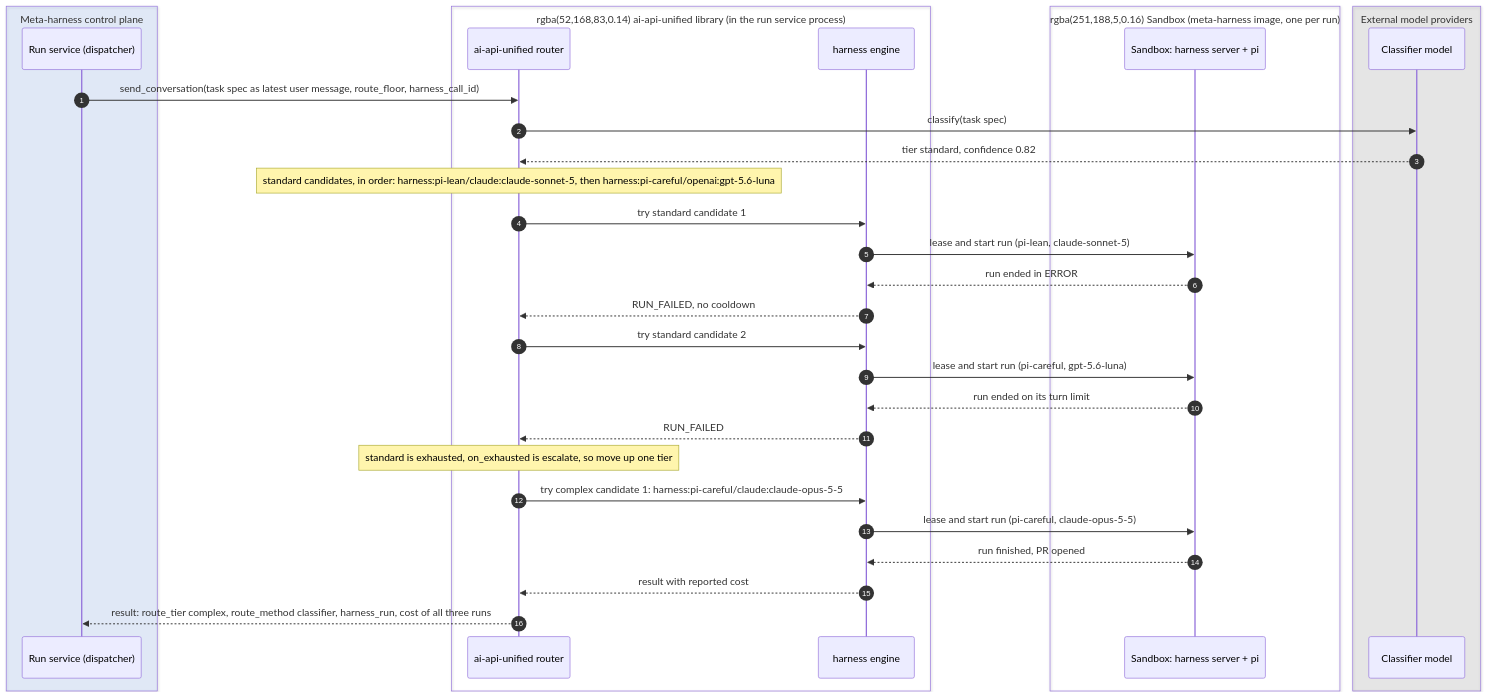
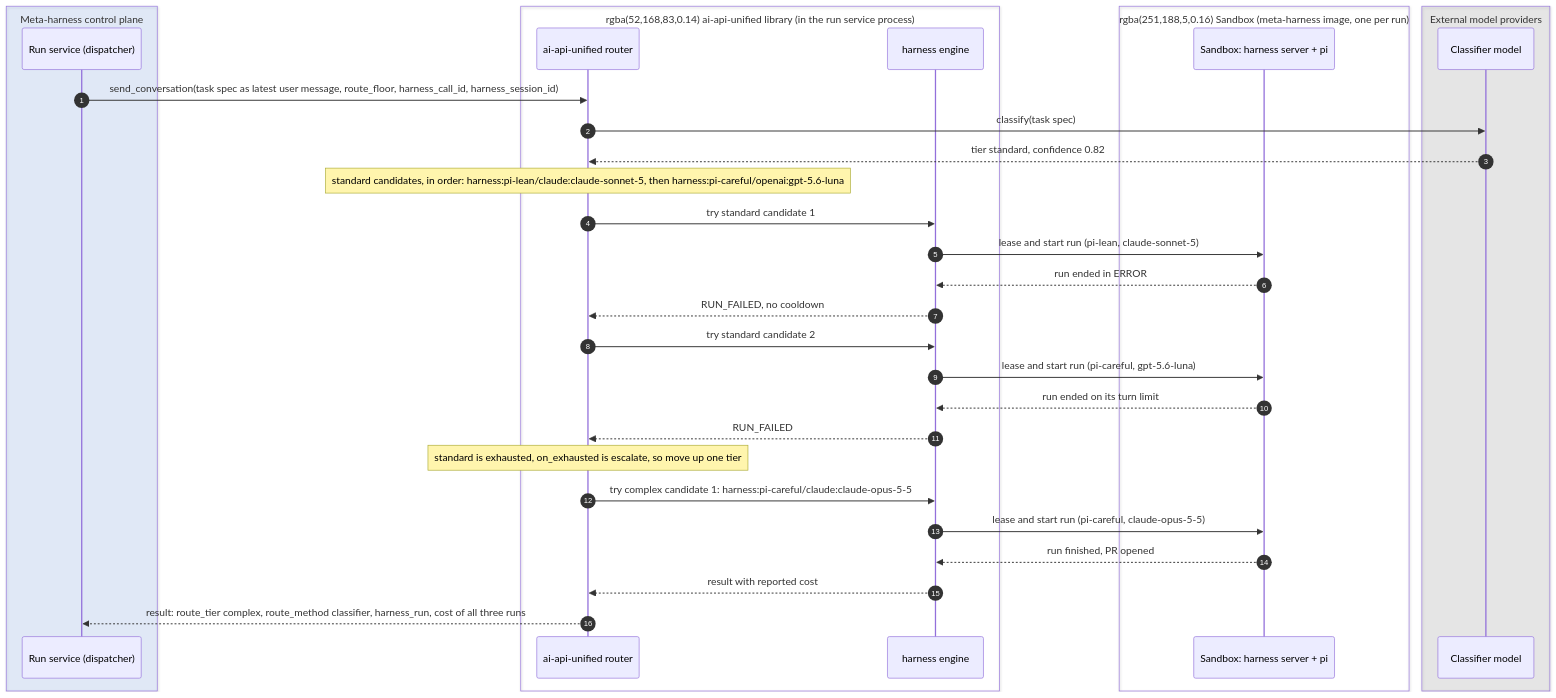
The second of 12 diagrams in docs/technical-design.md (davecthomas/meta-harness), drawn with Mermaid before and after one commit. The commit also changed other lines of this file, not shown here.

First line of the commit message:
docs/session-handoff: align sessions with the library's handoff contract

````diff
--- a/docs/technical-design.md
+++ b/docs/technical-design.md
@@ -413,36 +427,36 @@
 ```mermaid
 sequenceDiagram
     autonumber
     box rgba(66,135,245,0.12) Meta-harness control plane
     participant RS as Run service (dispatcher)
     end
     box rgba(52,168,83,0.14) ai-api-unified library (in the run service process)
     participant RT as ai-api-unified router
     participant HE as harness engine
     end
     box rgba(251,188,5,0.16) Sandbox (meta-harness image, one per run)
     participant SB as Sandbox: harness server + pi
     end
     box rgba(128,128,128,0.14) External model providers
     participant CL as Classifier model
     end
 
-    RS->>RT: send_conversation(task spec as latest user message, route_floor, harness_call_id)
+    RS->>RT: send_conversation(task spec as latest user message, route_floor, harness_call_id, harness_session_id)
     RT->>CL: classify(task spec)
     CL-->>RT: tier standard, confidence 0.82
     Note over RT: standard candidates, in order: harness:pi-lean/claude:claude-sonnet-5, then harness:pi-careful/openai:gpt-5.6-luna
     RT->>HE: try standard candidate 1
     HE->>SB: lease and start run (pi-lean, claude-sonnet-5)
     SB-->>HE: run ended in ERROR
     HE-->>RT: RUN_FAILED, no cooldown
     RT->>HE: try standard candidate 2
     HE->>SB: lease and start run (pi-careful, gpt-5.6-luna)
     SB-->>HE: run ended on its turn limit
     HE-->>RT: RUN_FAILED
     Note over RT: standard is exhausted, on_exhausted is escalate, so move up one tier
     RT->>HE: try complex candidate 1: harness:pi-careful/claude:claude-opus-5-5
     HE->>SB: lease and start run (pi-careful, claude-opus-5-5)
     SB-->>HE: run finished, PR opened
     HE-->>RT: result with reported cost
     RT-->>RS: result: route_tier complex, route_method classifier, harness_run, cost of all three runs
 ```
````
